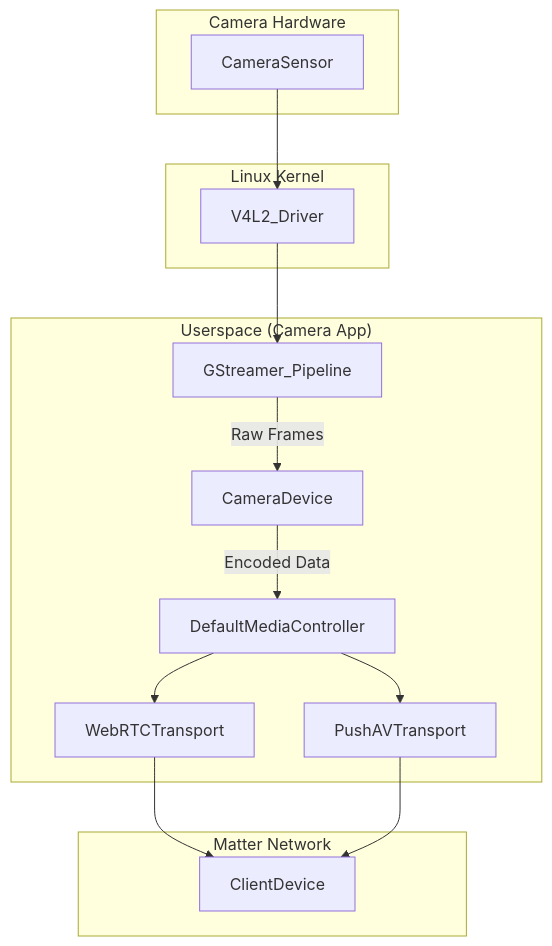
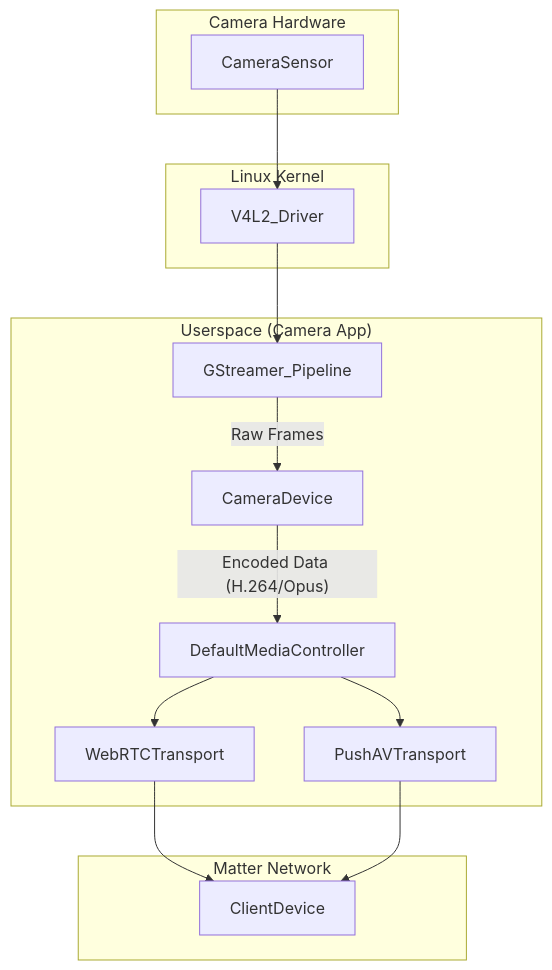
Before and after one commit to project-chip/connectedhomeip: the third of 3 diagrams in examples/camera-app/linux/doc/camera-app-architecture.md, drawn with Mermaid. The commit also changed other lines of this file, not shown here.

Commit message:
Update doc to include more details around CameraAVSM and update diagrams.

````diff
--- a/examples/camera-app/linux/doc/camera-app-architecture.md
+++ b/examples/camera-app/linux/doc/camera-app-architecture.md
@@ -159,31 +193,31 @@
 ```mermaid
 graph TD
     subgraph "Camera Hardware"
         CameraSensor
     end
 
     subgraph "Linux Kernel"
         V4L2_Driver
     end
 
     subgraph "Userspace (Camera App)"
         GStreamer_Pipeline
         CameraDevice
         DefaultMediaController
         WebRTCTransport
         PushAVTransport
     end
 
     subgraph "Matter Network"
         ClientDevice
     end
 
     CameraSensor --> V4L2_Driver
     V4L2_Driver --> GStreamer_Pipeline
     GStreamer_Pipeline -- Raw Frames --> CameraDevice
-    CameraDevice -- Encoded Data --> DefaultMediaController
+    CameraDevice -- Encoded Data (H.264/Opus) --> DefaultMediaController
     DefaultMediaController --> WebRTCTransport
     DefaultMediaController --> PushAVTransport
     WebRTCTransport --> ClientDevice
     PushAVTransport --> ClientDevice
 ```
````
